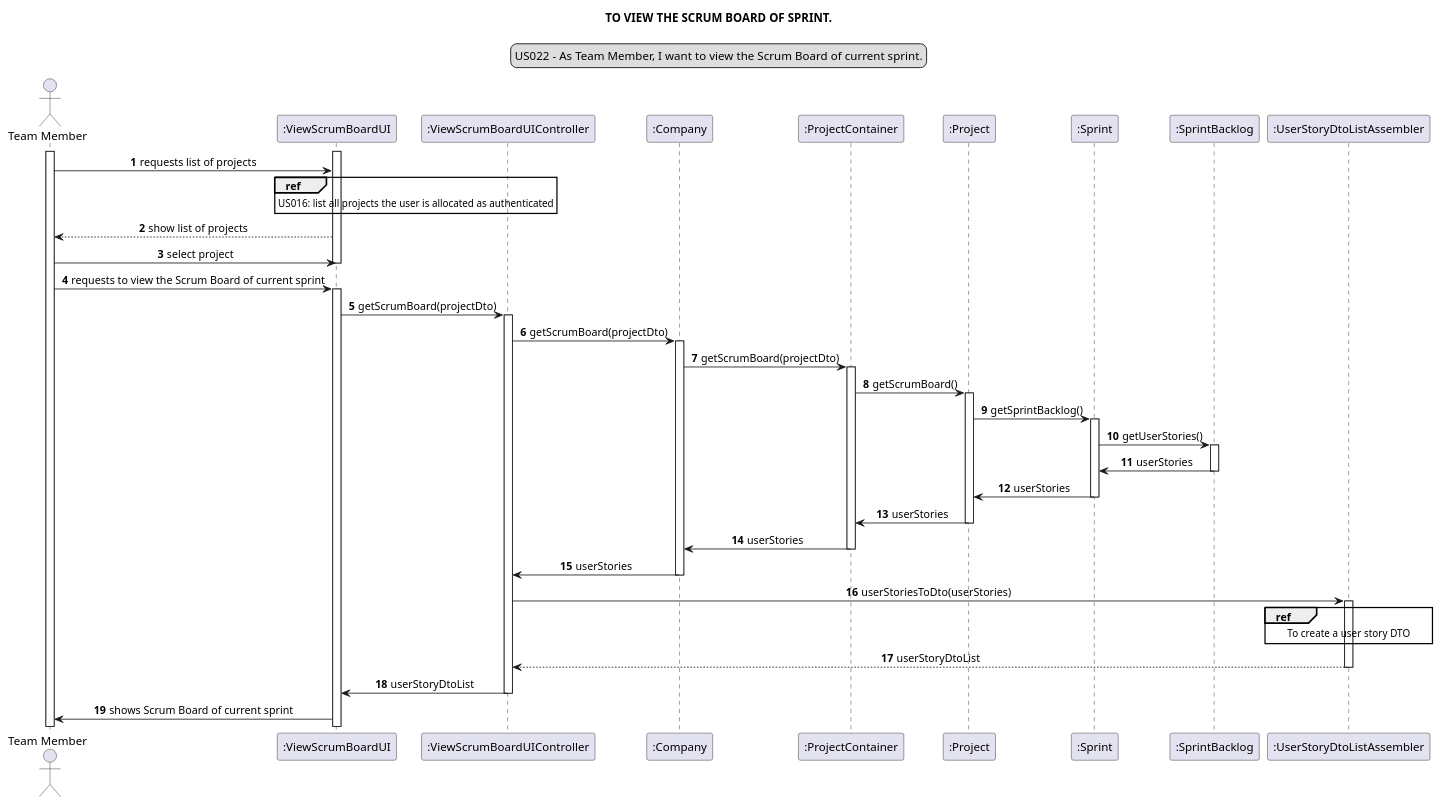
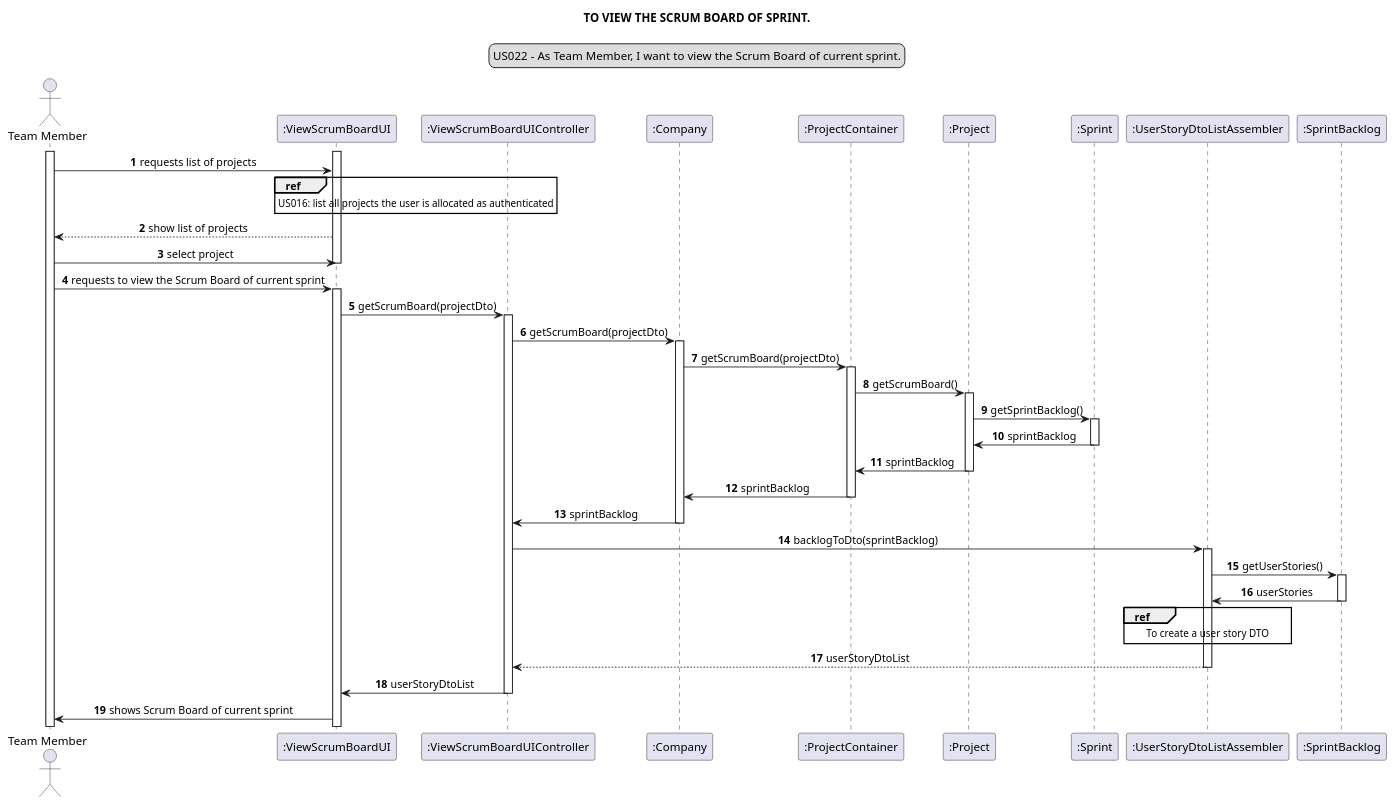
One commit to Loracline/project_switch_22-23 changed the diagram in docs/modelling_design/user_stories/sprint03/us022/US022_sequenceDiagram.puml. Above: the diagram before and after it, drawn with PlantUML.

Commit message:
US022: Requirements gathering: Update SD for US022, addresses #49

```diff
--- a/docs/modelling_design/user_stories/sprint03/us022/US022_sequenceDiagram.puml
+++ b/docs/modelling_design/user_stories/sprint03/us022/US022_sequenceDiagram.puml
@@ -1,59 +1,61 @@
 @startuml
 skinparam sequenceMessageAlign center
 title TO VIEW THE SCRUM BOARD OF SPRINT.
 legend top
 US022 - As Team Member, I want to view the Scrum Board of current sprint.
 end legend
 autonumber
 actor "Team Member" as member
 participant ":ViewScrumBoardUI" as ui
 participant ":ViewScrumBoardUIController" as controller
 participant ":Company" as company
 participant ":ProjectContainer" as projectContainer
 participant ":Project" as project
 participant ":Sprint" as sprint
+participant ":UserStoryDtoListAssembler" as dto
 participant ":SprintBacklog" as backlog
-participant ":UserStoryDtoListAssembler" as dto
 
 
 activate member
 activate ui
 member -> ui : requests list of projects
 ref over ui: US016: list all projects the user is allocated as authenticated
 ui --> member : show list of projects
 member -> ui : select project
 deactivate ui
 member -> ui : requests to view the Scrum Board of current sprint
 activate ui
-ui -> controller : getScrumBoard(projectDto)
+"ui" -> controller : getScrumBoard(projectDto)
 activate controller
-controller -> company : getScrumBoard(projectDto)
+"controller" -> company : getScrumBoard(projectDto)
 activate company
-company -> projectContainer : getScrumBoard(projectDto)
+"company" -> projectContainer : getScrumBoard(projectDto)
 activate projectContainer
-projectContainer -> project: getScrumBoard()
+"projectContainer" -> project: getScrumBoard()
 activate project
-project -> sprint : getSprintBacklog()
+"project" -> sprint : getSprintBacklog()
 activate sprint
-sprint -> backlog: getUserStories()
+"sprint" -> project : sprintBacklog
+deactivate sprint
+project -> projectContainer : sprintBacklog
+deactivate project
+projectContainer -> company : sprintBacklog
+deactivate projectContainer
+company-> controller : sprintBacklog
+deactivate company
+controller-> dto : backlogToDto(sprintBacklog)
+activate dto
+"dto" ->backlog: getUserStories()
 activate backlog
-backlog -> sprint: userStories
+"backlog" -> dto: userStories
 deactivate backlog
-sprint -> project : userStories
-deactivate sprint
-project -> projectContainer : userStories
-deactivate project
-projectContainer -> company : userStories
-deactivate projectContainer
-company-> controller : userStories
-deactivate company
-controller-> dto : userStoriesToDto(userStories)
+
 ref over dto: To create a user story DTO
-activate dto
+
 dto --> controller : userStoryDtoList
 deactivate dto
 controller -> ui : userStoryDtoList
 deactivate controller
 ui -> member : shows Scrum Board of current sprint
 
 @enduml
```
